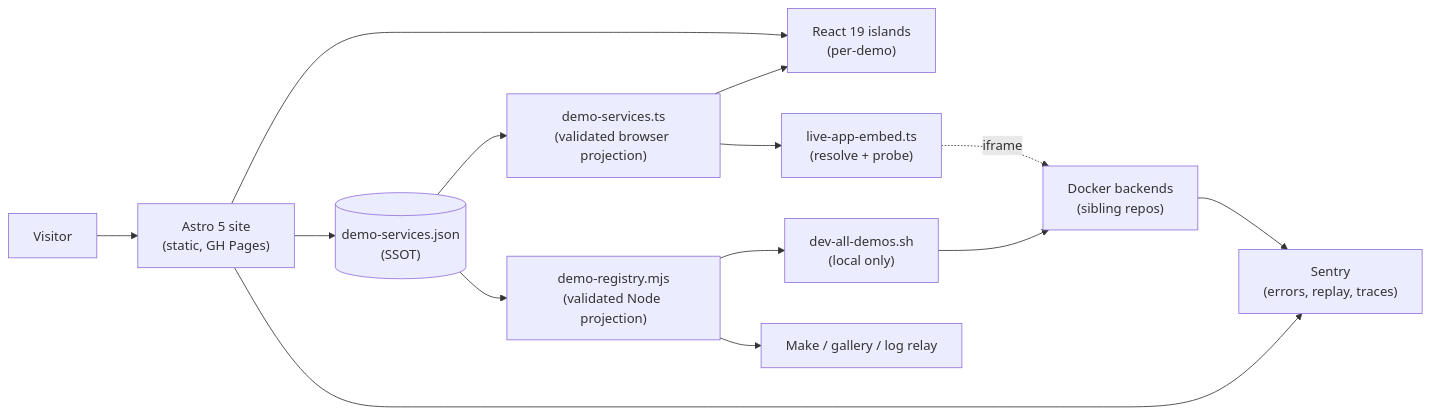
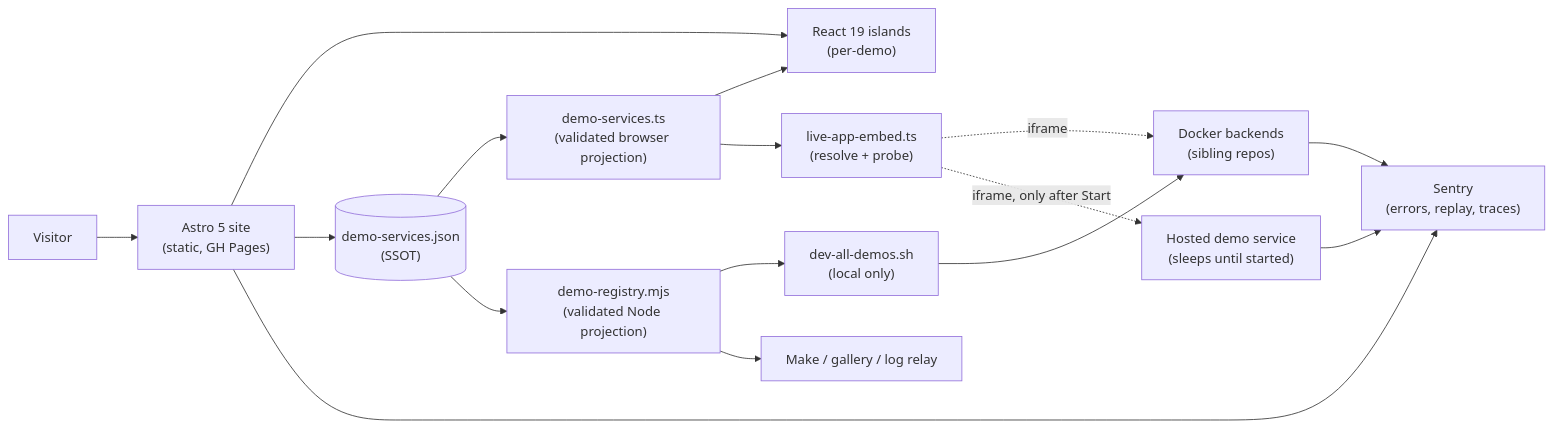
Before and after one commit to cuberhaus/PersonalPortfolio: the diagram in docs/architecture/overview.md, drawn with Mermaid. The commit also changed other lines of this file and 28 other files, not shown here.

First line of the commit message:
feat(demos): click-to-start hosted mode for live app embeds

````diff
--- a/docs/architecture/overview.md
+++ b/docs/architecture/overview.md
@@ -9,16 +9,18 @@
 ```mermaid
 flowchart LR
     visitor["Visitor"] --> astro["Astro 5 site<br/>(static, GH Pages)"]
     astro --> islands["React 19 islands<br/>(per-demo)"]
     astro --> registry[("demo-services.json<br/>(SSOT)")]
     registry --> browserProjection["demo-services.ts<br/>(validated browser projection)"]
     registry --> nodeProjection["demo-registry.mjs<br/>(validated Node projection)"]
     browserProjection --> islands
     browserProjection --> live["live-app-embed.ts<br/>(resolve + probe)"]
     nodeProjection --> orchestrator["dev-all-demos.sh<br/>(local only)"]
     nodeProjection --> scripts["Make / gallery / log relay"]
     orchestrator --> docker["Docker backends<br/>(sibling repos)"]
     live -. "iframe" .-> docker
+    live -. "iframe, only after Start" .-> hosted["Hosted demo service<br/>(sleeps until started)"]
     astro --> sentry["Sentry<br/>(errors, replay, traces)"]
     docker --> sentry
+    hosted --> sentry
 ```
````
